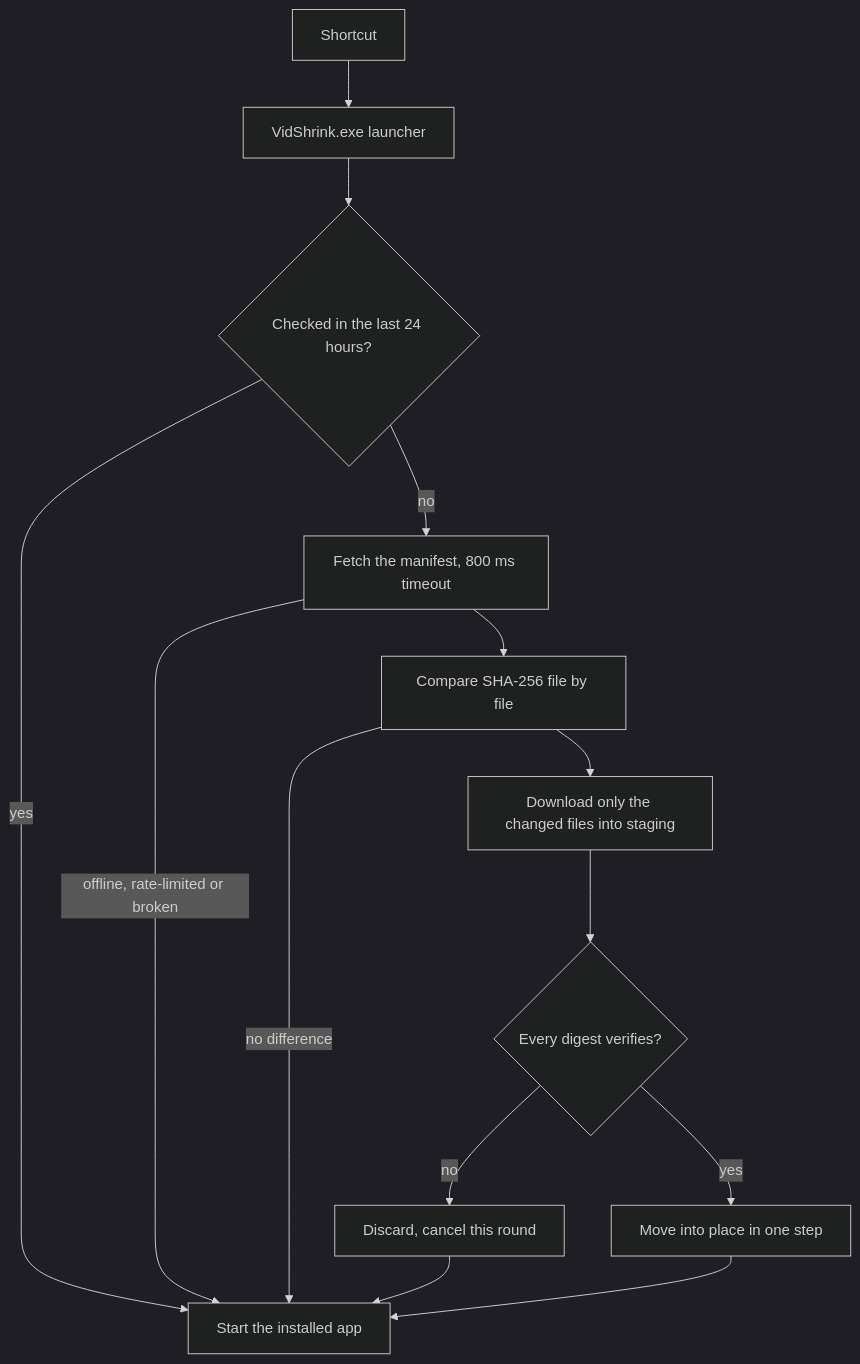
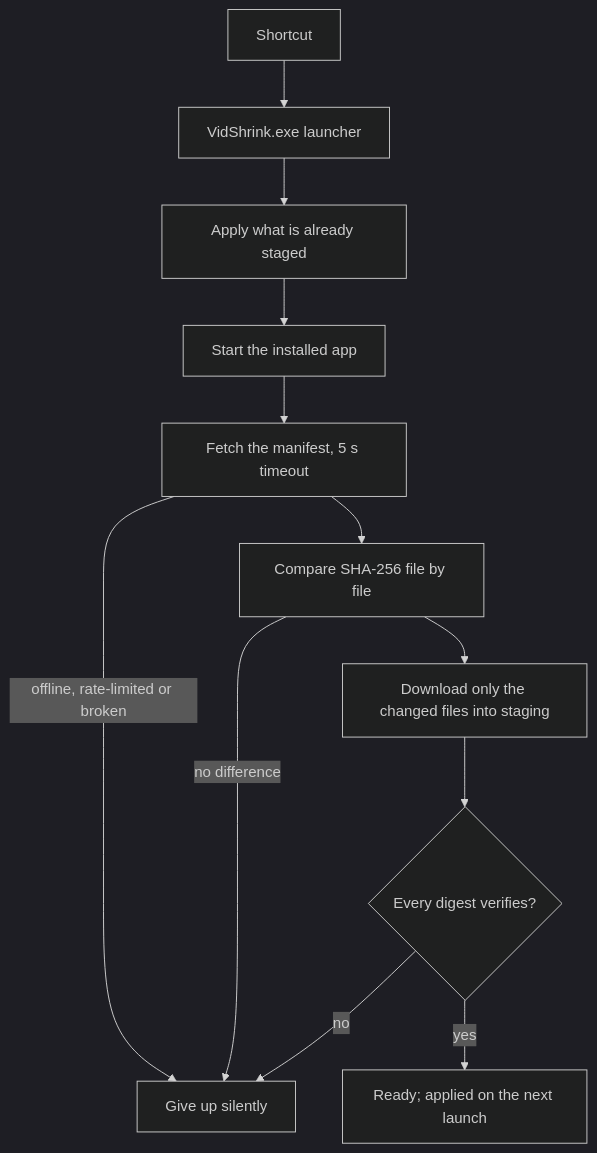
The third of 4 diagrams in README.md (Teknesyum/VidShrink), drawn with Mermaid (dark theme) before and after one commit. The commit also changed other lines of this file and 13 other files, not shown here.

````diff
--- a/README.md
+++ b/README.md
@@ -392,16 +398,14 @@
 ```mermaid
 flowchart TD
     S["Shortcut"] --> LA["VidShrink.exe launcher"]
-    LA --> Q{"Checked in the last 24 hours?"}
-    Q -->|yes| RUN["Start the installed app"]
-    Q -->|no| MF["Fetch the manifest, 800 ms timeout"]
-    MF -->|"offline, rate-limited or broken"| RUN
+    LA --> RES["Apply what is already staged"]
+    RES --> RUN["Start the installed app"]
+    RUN --> MF["Fetch the manifest, 5 s timeout"]
+    MF -->|"offline, rate-limited or broken"| END["Give up silently"]
     MF --> DIFF["Compare SHA-256 file by file"]
-    DIFF -->|"no difference"| RUN
+    DIFF -->|"no difference"| END
     DIFF --> DL["Download only the changed files into staging"]
     DL --> VER{"Every digest verifies?"}
-    VER -->|no| DISC["Discard, cancel this round"]
-    DISC --> RUN
-    VER -->|yes| SWAP["Move into place in one step"]
-    SWAP --> RUN
+    VER -->|no| END
+    VER -->|yes| NEXT["Ready; applied on the next launch"]
 ```
````
